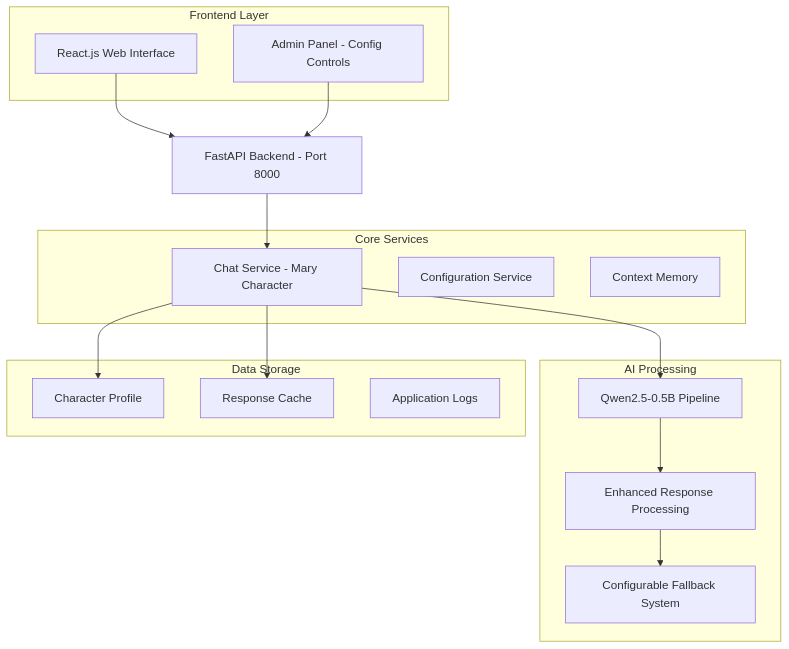
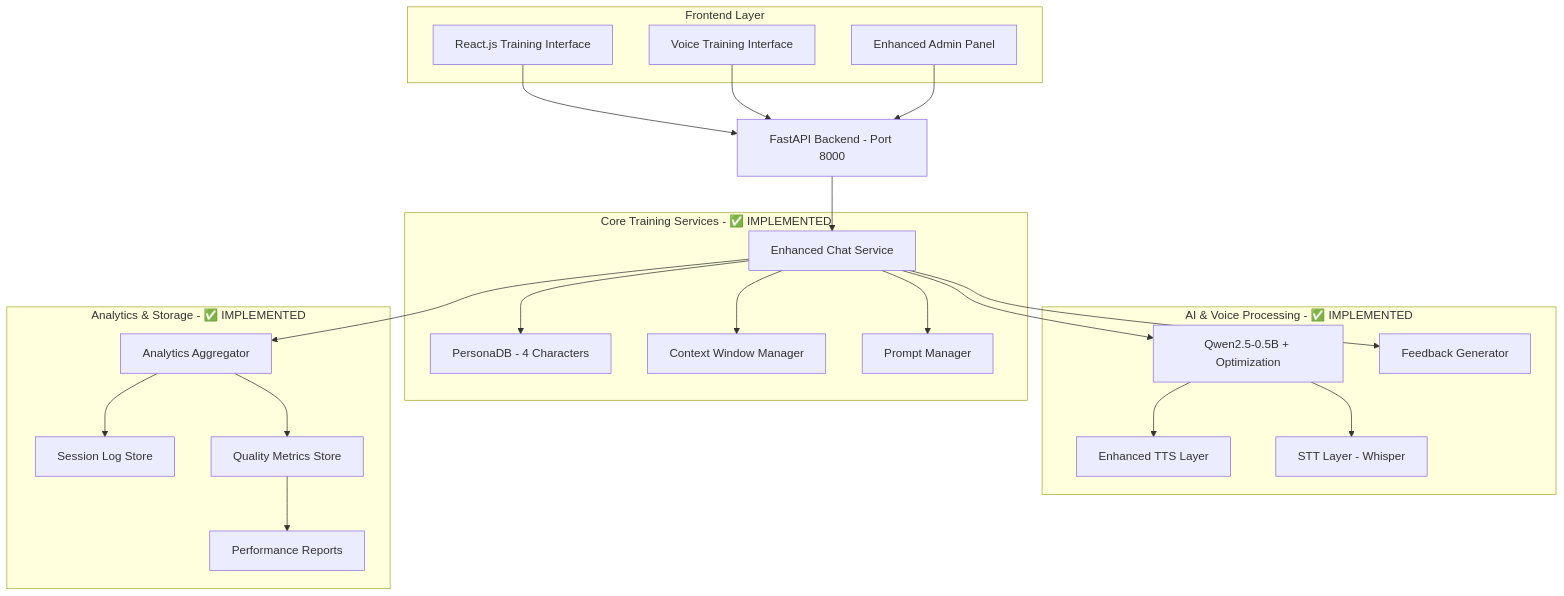
One commit to shaf-aston/FYP-sales-training-tool changed the diagram in README.md. Above: the diagram before and after it, drawn with Mermaid. The commit also changed other lines of this file and 87 other files, not shown here.

````diff
--- a/README.md
+++ b/README.md
@@ -58,36 +117,47 @@
 ```mermaid
 graph TB
     subgraph "Frontend Layer"
-        UI[React.js Web Interface]
-        Admin[Admin Panel - Config Controls]
+        UI[React.js Training Interface]
+        Admin[Enhanced Admin Panel]
+        Voice[Voice Training Interface]
     end
     
     API[FastAPI Backend - Port 8000]
     
-    subgraph "Core Services"
-        Chat[Chat Service - Mary Character]
-        Config[Configuration Service]
-        Memory[Context Memory]
+    subgraph "Core Training Services - ✅ IMPLEMENTED"
+        Chat[Enhanced Chat Service]
+        Persona[PersonaDB - 4 Characters]
+        Context[Context Window Manager]
+        Prompt[Prompt Manager]
     end
     
-    subgraph "AI Processing"
-        Pipeline[Qwen2.5-0.5B Pipeline]
-        Enhanced[Enhanced Response Processing]
-        Fallback[Configurable Fallback System]
+    subgraph "AI & Voice Processing - ✅ IMPLEMENTED"
+        Pipeline[Qwen2.5-0.5B + Optimization]
+        TTS[Enhanced TTS Layer]
+        STT[STT Layer - Whisper]
+        Feedback[Feedback Generator]
     end
     
-    subgraph "Data Storage"
-        Profile[Character Profile]
-        Cache[Response Cache]
-        Logs[Application Logs]
+    subgraph "Analytics & Storage - ✅ IMPLEMENTED"
+        Analytics[Analytics Aggregator]
+        Sessions[Session Log Store]
+        Metrics[Quality Metrics Store]
+        Reports[Performance Reports]
     end
     
     UI --> API
+    Voice --> API
     Admin --> API
     API --> Chat
+    Chat --> Persona
+    Chat --> Context
+    Chat --> Prompt
     Chat --> Pipeline
-    Pipeline --> Enhanced
-    Enhanced --> Fallback
-    Chat --> Profile
-    Chat --> Cache
+    Pipeline --> TTS
+    Pipeline --> STT
+    Chat --> Feedback
+    Chat --> Analytics
+    Analytics --> Sessions
+    Analytics --> Metrics
+    Metrics --> Reports
 ```
````
